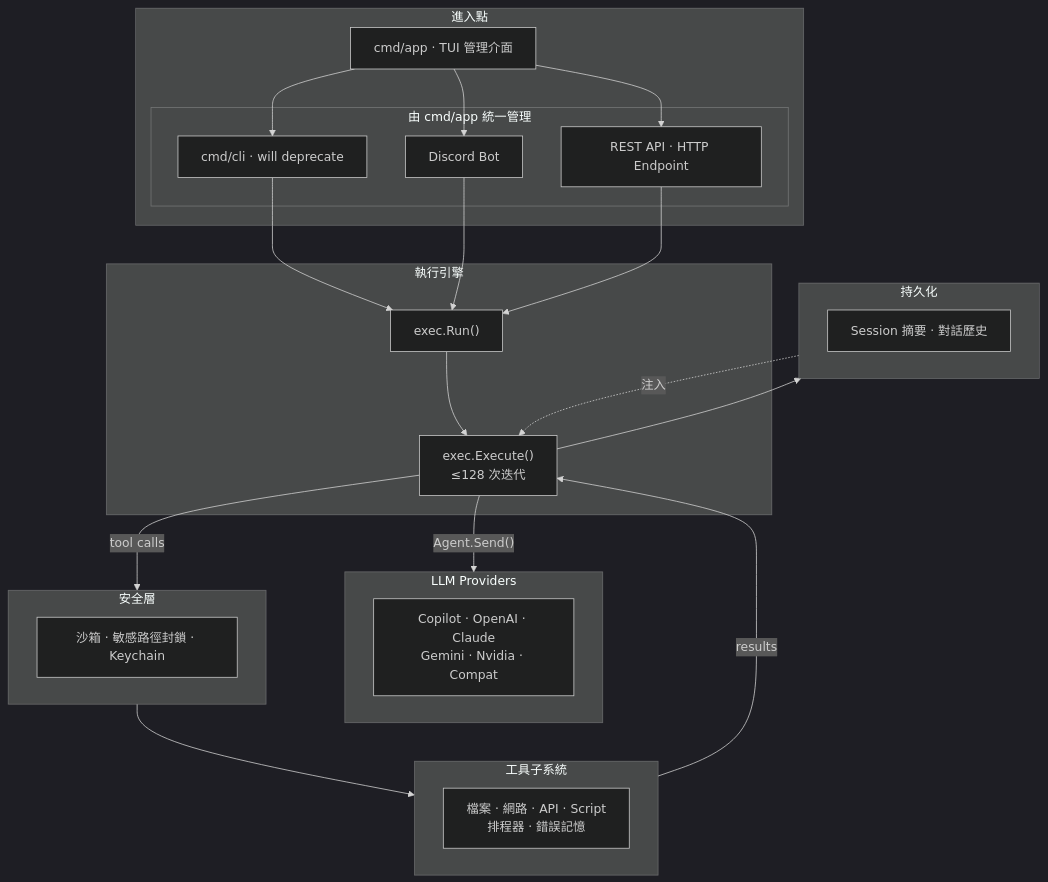
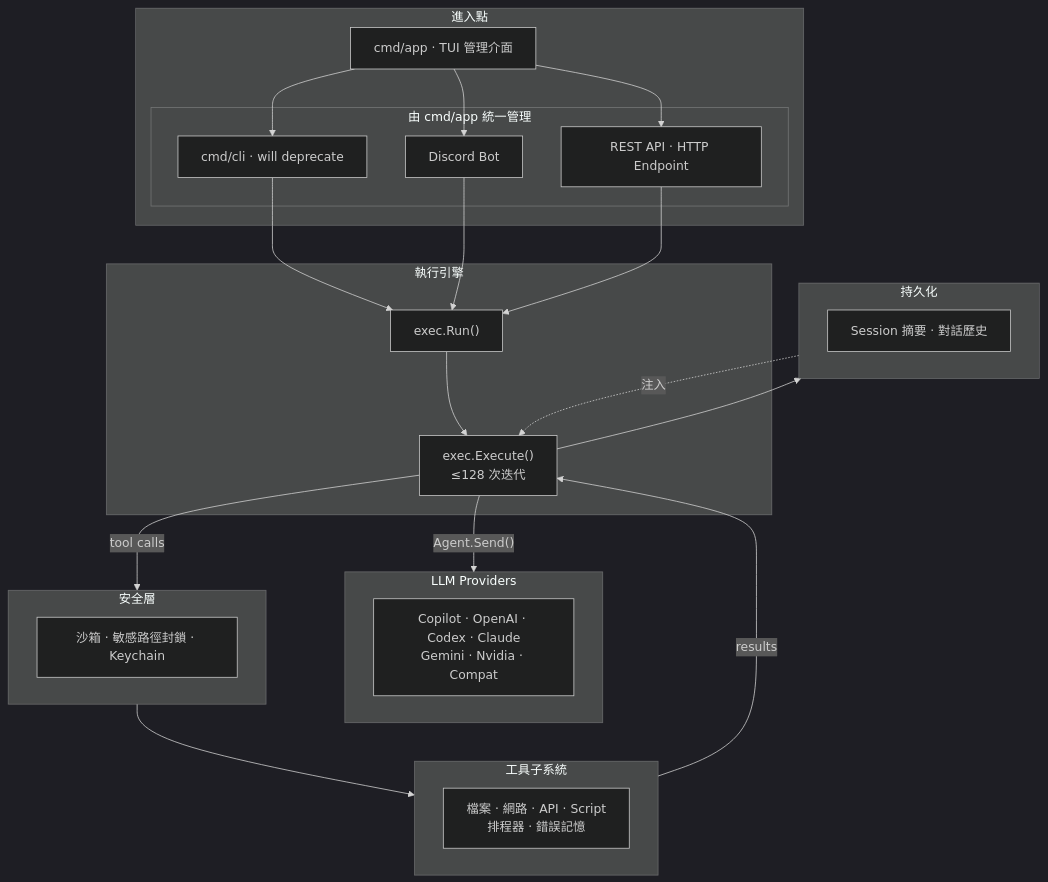
One commit to pardnchiu/Agenvoy changed the diagram in doc/README.zh.md. Above: the diagram before and after it, drawn with Mermaid (dark theme). The commit also changed other lines of this file and 4 other files, not shown here.

Commit message:
release: v0.17.4 Hardens summary generation, improves tool fallback behavior, adds OpenAI Codex support.

````diff
--- a/doc/README.zh.md
+++ b/doc/README.zh.md
@@ -52,46 +52,46 @@
 ```mermaid
 graph TB
     subgraph Entry ["進入點"]
         App["cmd/app · TUI 管理介面"]
         subgraph Managed ["由 cmd/app 統一管理"]
             CLI["cmd/cli · will deprecate"]
             Discord["Discord Bot"]
             API["REST API · HTTP Endpoint"]
         end
     end
 
     subgraph Engine ["執行引擎"]
         Run["exec.Run()"]
         Execute["exec.Execute()\n≤128 次迭代"]
     end
 
     subgraph Providers ["LLM Providers"]
-        P["Copilot · OpenAI · Claude\nGemini · Nvidia · Compat"]
+        P["Copilot · OpenAI · Codex · Claude\nGemini · Nvidia · Compat"]
     end
 
     subgraph Security ["安全層"]
         S["沙箱 · 敏感路徑封鎖 · Keychain"]
     end
 
     subgraph Tools ["工具子系統"]
         T["檔案 · 網路 · API · Script\n排程器 · 錯誤記憶"]
     end
 
     subgraph Persistence ["持久化"]
         PS["Session 摘要 · 對話歷史"]
     end
 
     App --> CLI
     App --> Discord
     App --> API
     CLI --> Run
     Discord --> Run
     API --> Run
     Run --> Execute
     Execute -->|"Agent.Send()"| Providers
     Execute -->|"tool calls"| Security
     Security --> Tools
     Tools -->|"results"| Execute
     Execute --> Persistence
     Persistence -.->|"注入"| Execute
 ```
````
